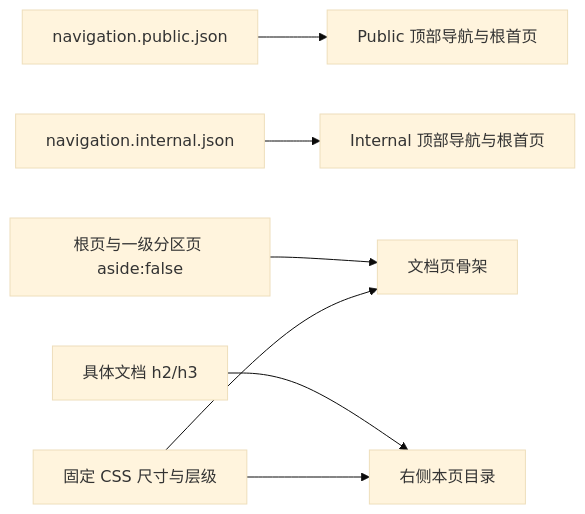
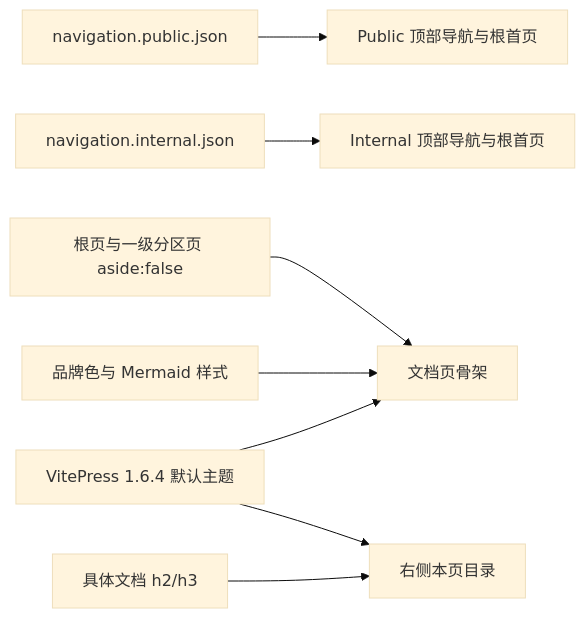
Before and after one commit to Neplich/dev-agent-skills: the diagram in docs/engineer/agents/docs-agent/docs-site-layout/TRD.md, drawn with Mermaid (base theme). The commit also changed other lines of this file and 5 other files, not shown here.

````diff
--- a/docs/engineer/agents/docs-agent/docs-site-layout/TRD.md
+++ b/docs/engineer/agents/docs-agent/docs-site-layout/TRD.md
@@ -34,9 +42,10 @@
 ```mermaid
 flowchart LR
     NP["navigation.public.json"] --> CP["Public 顶部导航与根首页"]
     NI["navigation.internal.json"] --> CI["Internal 顶部导航与根首页"]
     P["根页与一级分区页 aside:false"] --> S["文档页骨架"]
     H["具体文档 h2/h3"] --> O["右侧本页目录"]
-    L["固定 CSS 尺寸与层级"] --> S
-    L --> O
+    V["VitePress 1.6.4 默认主题"] --> S
+    V --> O
+    C["品牌色与 Mermaid 样式"] --> S
 ```
````
